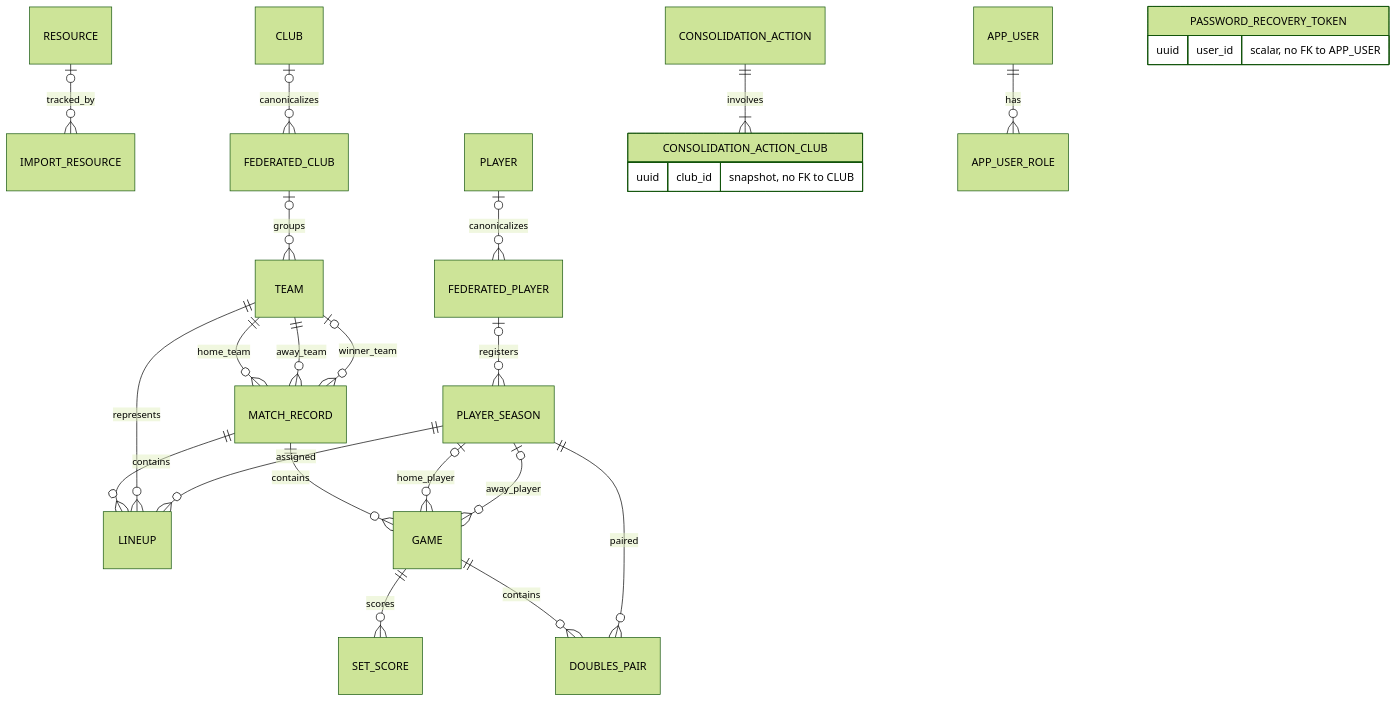
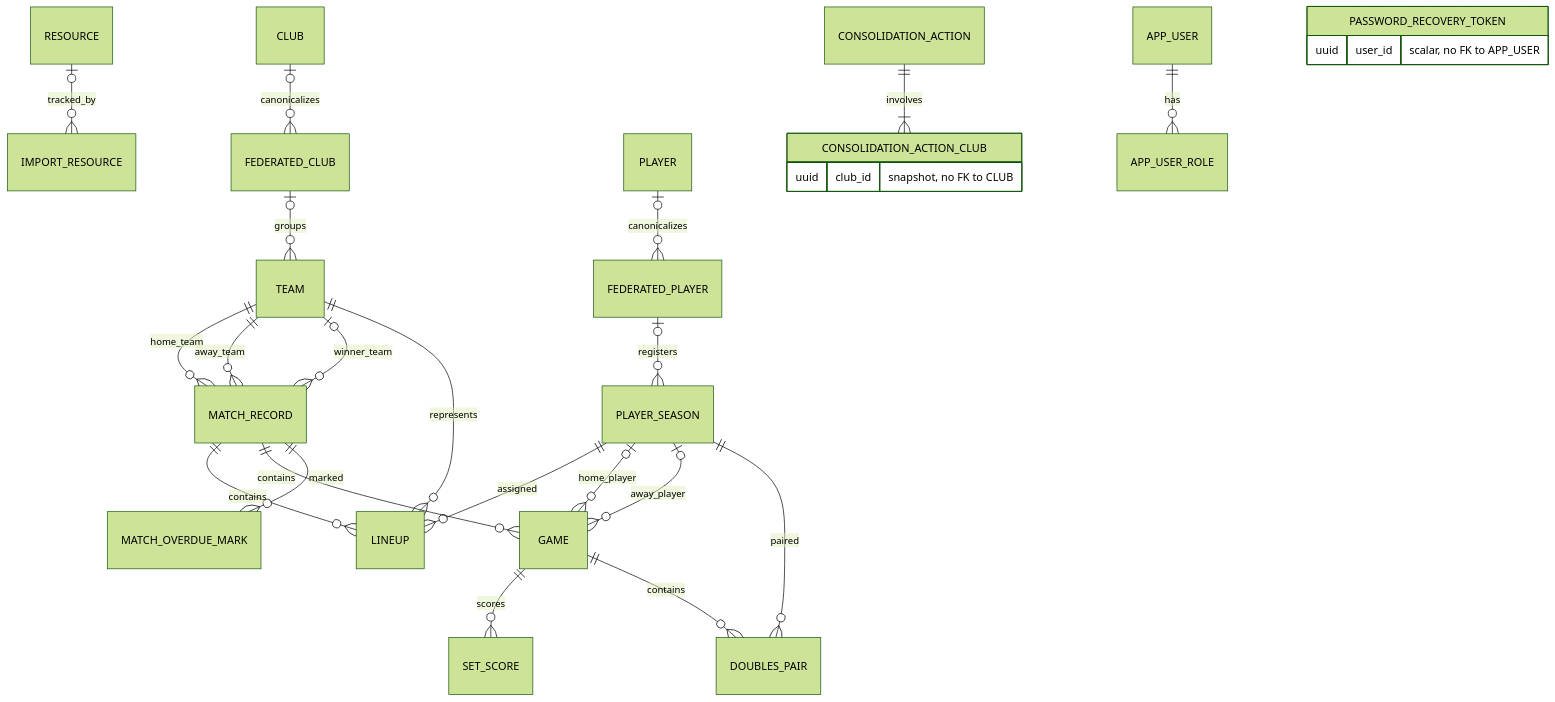
One commit to albertsanso/tt-league-services changed the diagram in tt-data-league-core-repository-jpa/docs/rfetm-datamodel.md. Above: the diagram before and after it, drawn with Mermaid (forest theme). The commit also changed other lines of this file and 58 other files, not shown here.

````diff
--- a/tt-data-league-core-repository-jpa/docs/rfetm-datamodel.md
+++ b/tt-data-league-core-repository-jpa/docs/rfetm-datamodel.md
@@ -461,28 +483,29 @@
 ```mermaid
 erDiagram
     RESOURCE o|--o{ IMPORT_RESOURCE : tracked_by
     CLUB o|--o{ FEDERATED_CLUB : canonicalizes
     FEDERATED_CLUB o|--o{ TEAM : groups
     PLAYER o|--o{ FEDERATED_PLAYER : canonicalizes
     FEDERATED_PLAYER o|--o{ PLAYER_SEASON : registers
     TEAM ||--o{ MATCH_RECORD : home_team
     TEAM ||--o{ MATCH_RECORD : away_team
     TEAM o|--o{ MATCH_RECORD : winner_team
     MATCH_RECORD ||--o{ LINEUP : contains
     TEAM ||--o{ LINEUP : represents
     PLAYER_SEASON ||--o{ LINEUP : assigned
     MATCH_RECORD ||--o{ GAME : contains
     PLAYER_SEASON o|--o{ GAME : home_player
     PLAYER_SEASON o|--o{ GAME : away_player
     GAME ||--o{ SET_SCORE : scores
     GAME ||--o{ DOUBLES_PAIR : contains
     PLAYER_SEASON ||--o{ DOUBLES_PAIR : paired
+    MATCH_RECORD ||--o{ MATCH_OVERDUE_MARK : marked
     CONSOLIDATION_ACTION ||--|{ CONSOLIDATION_ACTION_CLUB : involves
     CONSOLIDATION_ACTION_CLUB {
         uuid club_id "snapshot, no FK to CLUB"
     }
     APP_USER ||--o{ APP_USER_ROLE : has
     PASSWORD_RECOVERY_TOKEN {
         uuid user_id "scalar, no FK to APP_USER"
     }
 ```
````
